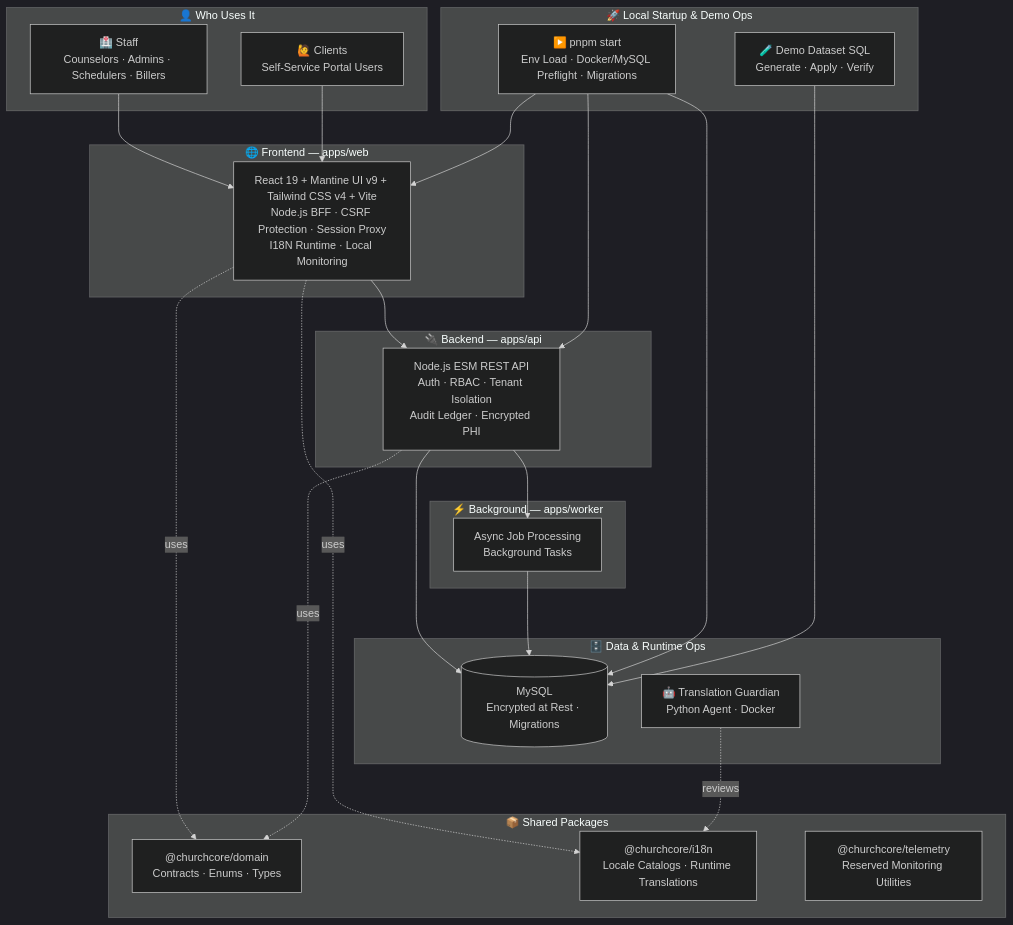
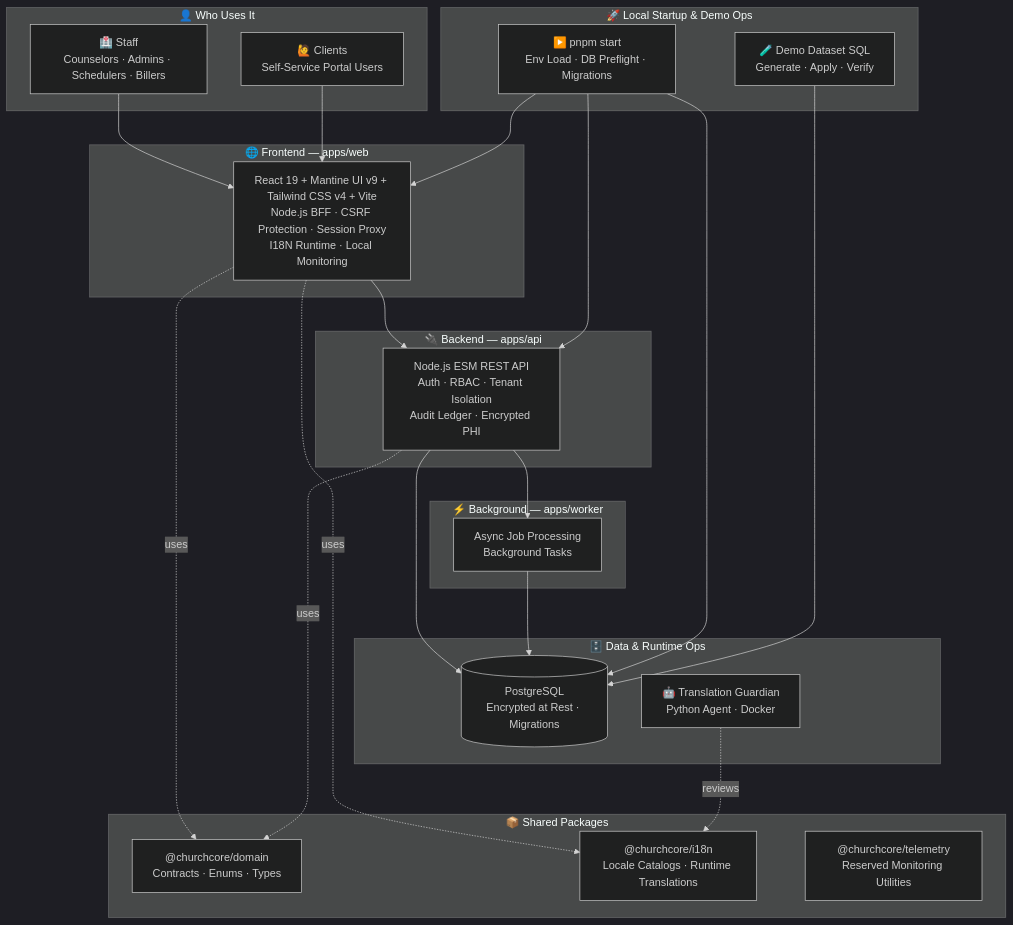
Before and after one commit to ricardojjulia/FaithCounseling: the diagram in README.md, drawn with Mermaid (dark theme). The commit also changed other lines of this file and 23 other files, not shown here.

````diff
--- a/README.md
+++ b/README.md
@@ -257,52 +257,52 @@
 ```mermaid
 flowchart TB
     subgraph users[" 👤  Who Uses It "]
         STAFF["🏥 Staff\nCounselors · Admins · Schedulers · Billers"]
         CLIENT["🙋 Clients\nSelf-Service Portal Users"]
     end
 
     subgraph frontend[" 🌐  Frontend — apps/web "]
         WEB["React 19 + Mantine UI v9 + Tailwind CSS v4 + Vite\nNode.js BFF · CSRF Protection · Session Proxy\nI18N Runtime · Local Monitoring"]
     end
 
     subgraph backend[" 🔌  Backend — apps/api "]
         API["Node.js ESM REST API\nAuth · RBAC · Tenant Isolation\nAudit Ledger · Encrypted PHI"]
     end
 
     subgraph worker[" ⚡  Background — apps/worker "]
         WRK["Async Job Processing\nBackground Tasks"]
     end
 
     subgraph packages[" 📦  Shared Packages "]
         DOM["@churchcore/domain\nContracts · Enums · Types"]
         I18N["@churchcore/i18n\nLocale Catalogs · Runtime Translations"]
         TEL["@churchcore/telemetry\nReserved Monitoring Utilities"]
     end
 
     subgraph ops[" 🚀  Local Startup & Demo Ops "]
-        START["▶️ pnpm start\nEnv Load · Docker/MySQL Preflight · Migrations"]
+        START["▶️ pnpm start\nEnv Load · DB Preflight · Migrations"]
         DEMO["🧪 Demo Dataset SQL\nGenerate · Apply · Verify"]
     end
 
     subgraph infra[" 🗄️  Data & Runtime Ops "]
-        DB[("MySQL\nEncrypted at Rest · Migrations")]
+        DB[("PostgreSQL\nEncrypted at Rest · Migrations")]
         AGENT["🤖 Translation Guardian\nPython Agent · Docker"]
     end
 
     STAFF --> WEB
     CLIENT --> WEB
     WEB --> API
     API --> DB
     API --> WRK
     WRK --> DB
 
     WEB -. uses .-> I18N
     WEB -. uses .-> DOM
     API -. uses .-> DOM
     START --> WEB
     START --> API
     START --> DB
     DEMO --> DB
 
     AGENT -.->|"reviews"| I18N
 ```
````
